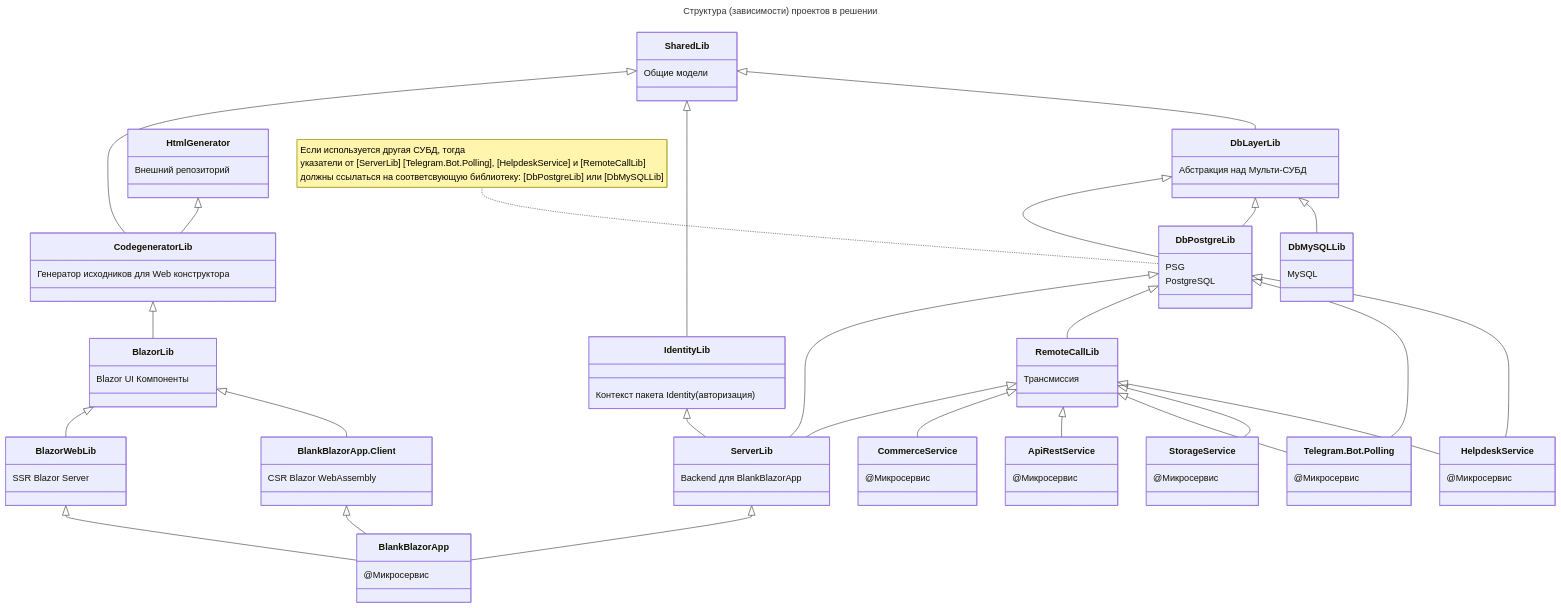
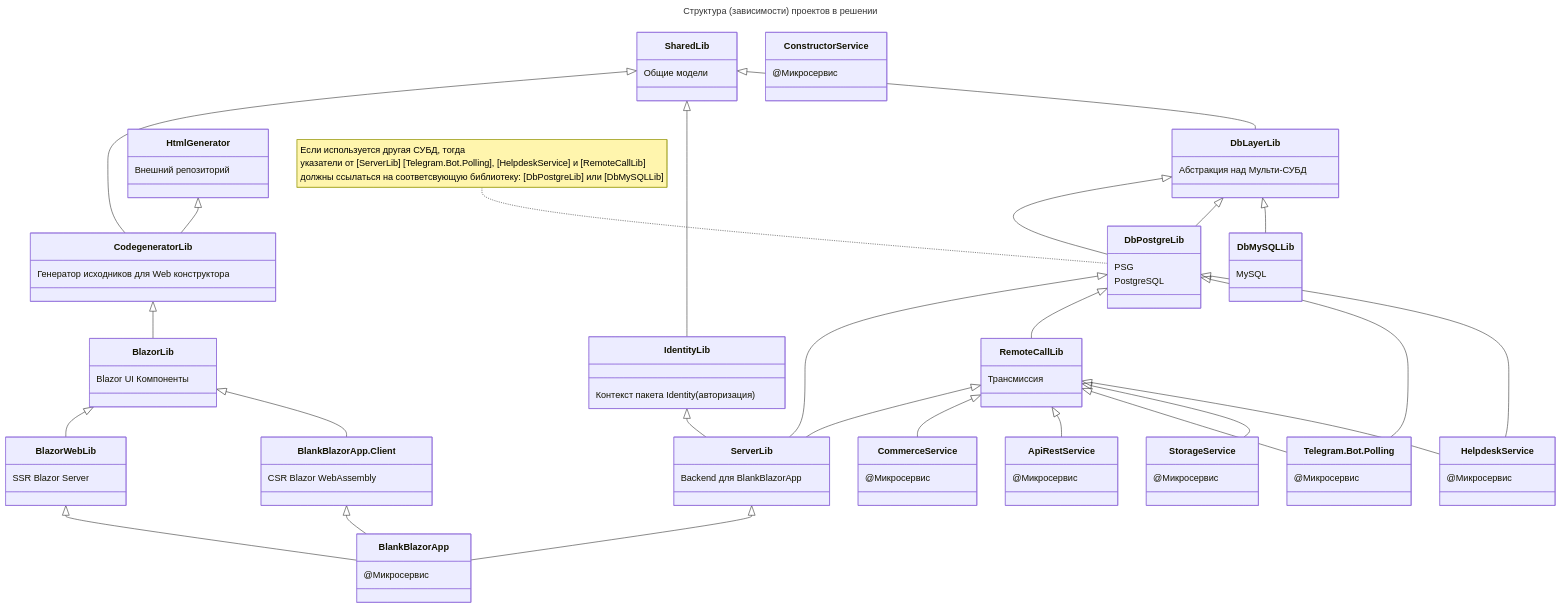
The diagram in README.md (badhitman/DesignerApp), drawn with Mermaid before and after one commit. The commit also changed 163 other files, not shown here.

```diff
--- a/README.md
+++ b/README.md
@@ -73,6 +73,9 @@
     class StorageService{
         @Микросервис
     }
+    class ConstructorService{
+        @Микросервис
+    }
     class HtmlGenerator{
         Внешний репозиторий
     }
```
